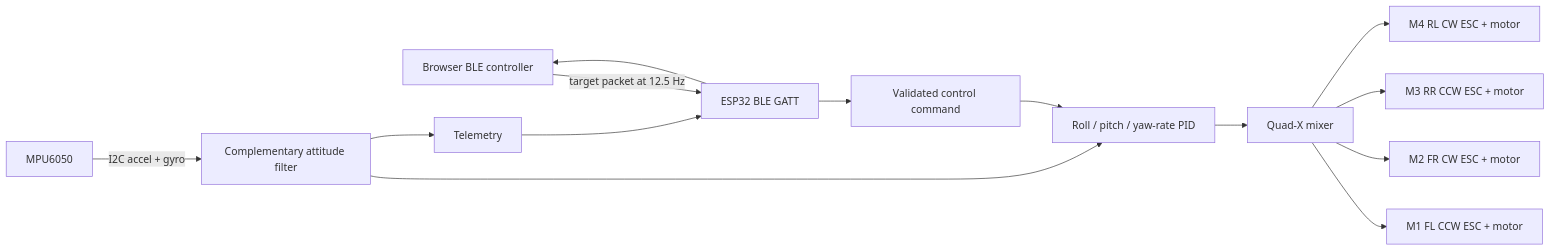
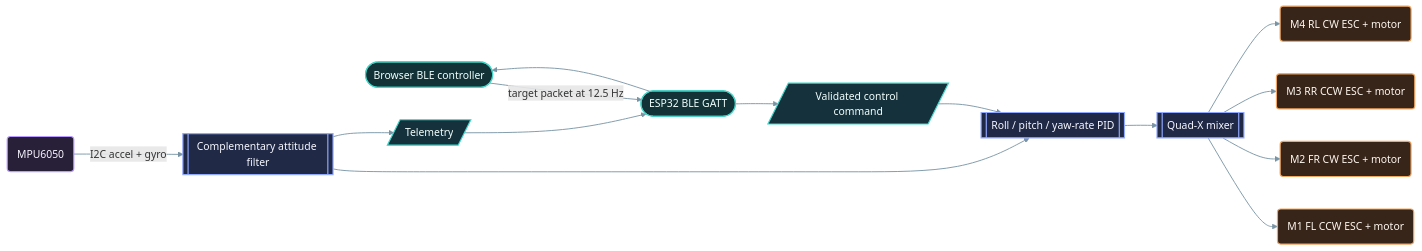
Before and after one commit to ProAmineOfficial/NanoKit-ESP32: the first of 2 diagrams in open_source_projects/nanokit_drone_4x_quadcopter/docs/Architecture.md, drawn with Mermaid. The commit also changed other lines of this file and 15 other files, not shown here.

Commit message:
docs: apply semantic Mermaid styling

````diff
--- a/open_source_projects/nanokit_drone_4x_quadcopter/docs/Architecture.md
+++ b/open_source_projects/nanokit_drone_4x_quadcopter/docs/Architecture.md
@@ -12,16 +12,28 @@
 ```mermaid
 flowchart LR
-  UI["Browser BLE controller"] -->|"target packet at 12.5 Hz"| BLE["ESP32 BLE GATT"]
-  BLE --> CMD["Validated control command"]
-  IMU["MPU6050"] -->|"I2C accel + gyro"| EST["Complementary attitude filter"]
-  CMD --> PID["Roll / pitch / yaw-rate PID"]
+  UI(["Browser BLE controller"]) -->|"target packet at 12.5 Hz"| BLE(["ESP32 BLE GATT"])
+  BLE --> CMD[/"Validated control command"/]
+  IMU("MPU6050") -->|"I2C accel + gyro"| EST[["Complementary attitude filter"]]
+  CMD --> PID[["Roll / pitch / yaw-rate PID"]]
   EST --> PID
-  PID --> MIX["Quad-X mixer"]
-  MIX --> M1["M1 FL CCW ESC + motor"]
-  MIX --> M2["M2 FR CW ESC + motor"]
-  MIX --> M3["M3 RR CCW ESC + motor"]
-  MIX --> M4["M4 RL CW ESC + motor"]
-  EST --> TEL["Telemetry"]
+  PID --> MIX[["Quad-X mixer"]]
+  MIX --> M1("M1 FL CCW ESC + motor")
+  MIX --> M2("M2 FR CW ESC + motor")
+  MIX --> M3("M3 RR CCW ESC + motor")
+  MIX --> M4("M4 RL CW ESC + motor")
+  EST --> TEL[/"Telemetry"/]
   TEL --> BLE
   BLE --> UI
+
+  classDef sensor fill:#282039,stroke:#b99bff,stroke-width:1.8px,color:#faf6ff
+  classDef communication fill:#123237,stroke:#42d4c5,stroke-width:1.8px,color:#f2fffd
+  classDef io fill:#15313c,stroke:#43d5ca,stroke-width:1.8px,color:#f3fffd
+  classDef module fill:#202945,stroke:#91a8ff,stroke-width:1.8px,color:#f6f7ff
+  classDef actuator fill:#37251a,stroke:#f0a560,stroke-width:1.8px,color:#fff8ef
+  class UI,BLE communication
+  class IMU sensor
+  class CMD,TEL io
+  class EST,PID,MIX module
+  class M1,M2,M3,M4 actuator
+  linkStyle default stroke:#7894a5,stroke-width:1.4px
 ```
````
